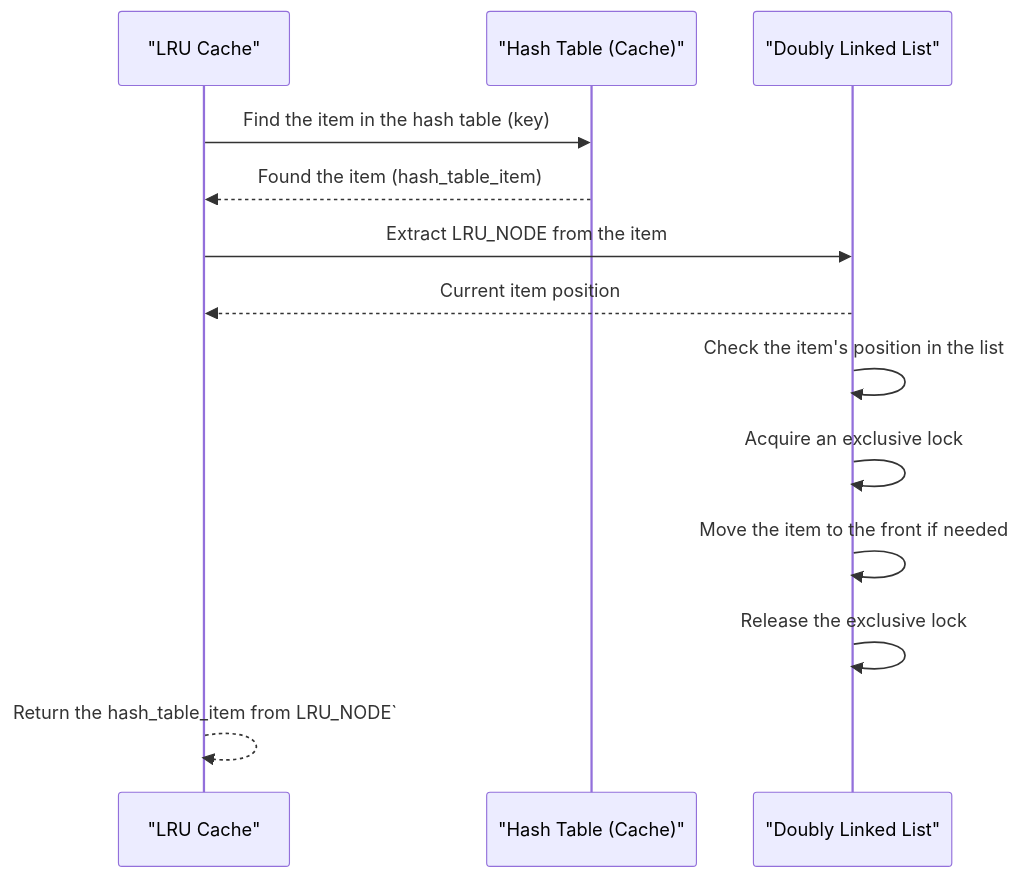
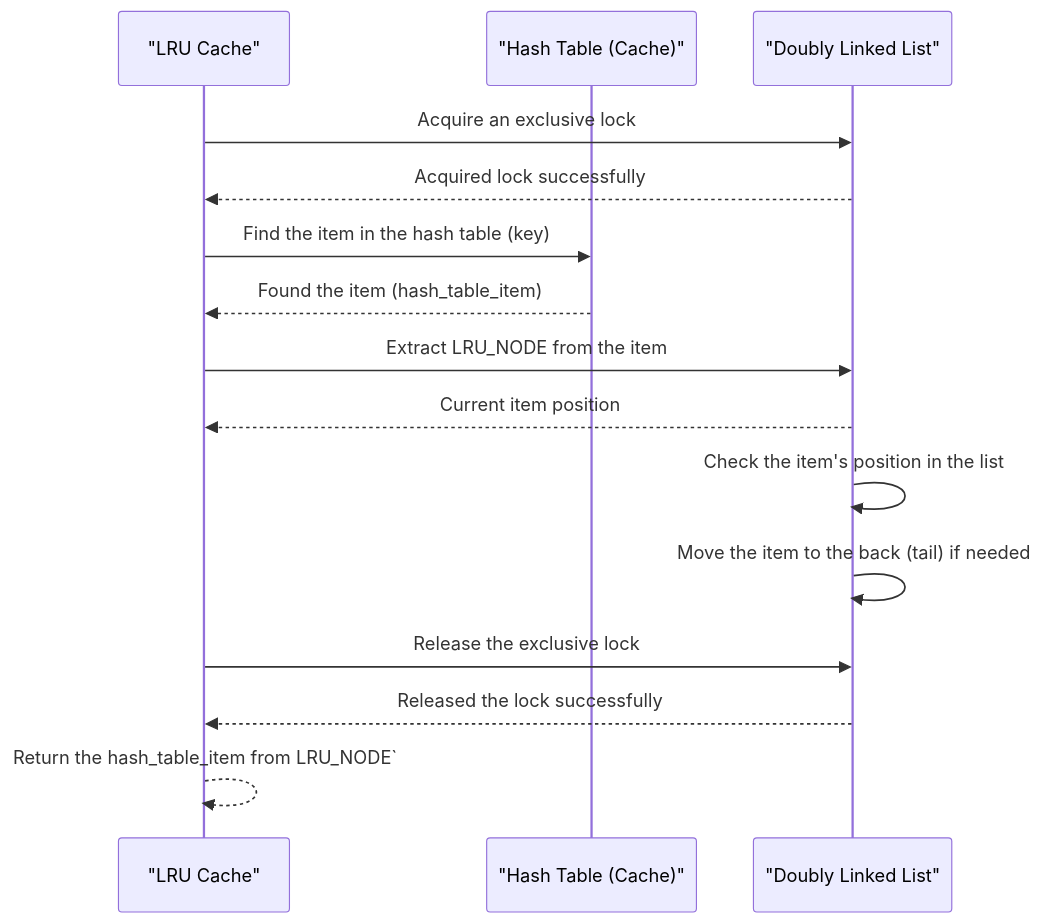
One commit to Azure/clds changed the third of 3 diagrams in devdoc/lru_cache_design.md. Above: the diagram before and after it, drawn with Mermaid. The commit also changed other lines of this file and 9 other files, not shown here.

First line of the commit message:
LRU Cache using clds_hash_table, SRW Lock and DList (#177)

````diff
--- a/devdoc/lru_cache_design.md
+++ b/devdoc/lru_cache_design.md
@@ -102,15 +128,17 @@
 ```mermaid
 sequenceDiagram
     participant Cache as "LRU Cache"
     participant HashTable as "Hash Table (Cache)"
-    participant LRUList as "Doubly Linked List"
+    participant LRUList as "Doubly Linked List"    
+    Cache ->> LRUList: Acquire an exclusive lock
+    LRUList -->> Cache: Acquired lock successfully
     Cache ->> HashTable: Find the item in the hash table (key)
     HashTable -->> Cache: Found the item (hash_table_item)
     Cache ->> LRUList: Extract LRU_NODE from the item
     LRUList -->> Cache: Current item position
     LRUList ->> LRUList: Check the item's position in the list
-    LRUList ->> LRUList: Acquire an exclusive lock
-    LRUList ->> LRUList: Move the item to the front if needed
-    LRUList ->> LRUList: Release the exclusive lock
+    LRUList ->> LRUList: Move the item to the back (tail) if needed
+    Cache ->> LRUList: Release the exclusive lock
+    LRUList -->> Cache: Released the lock successfully
     Cache -->> Cache: Return the hash_table_item from LRU_NODE` 
 ```
````
